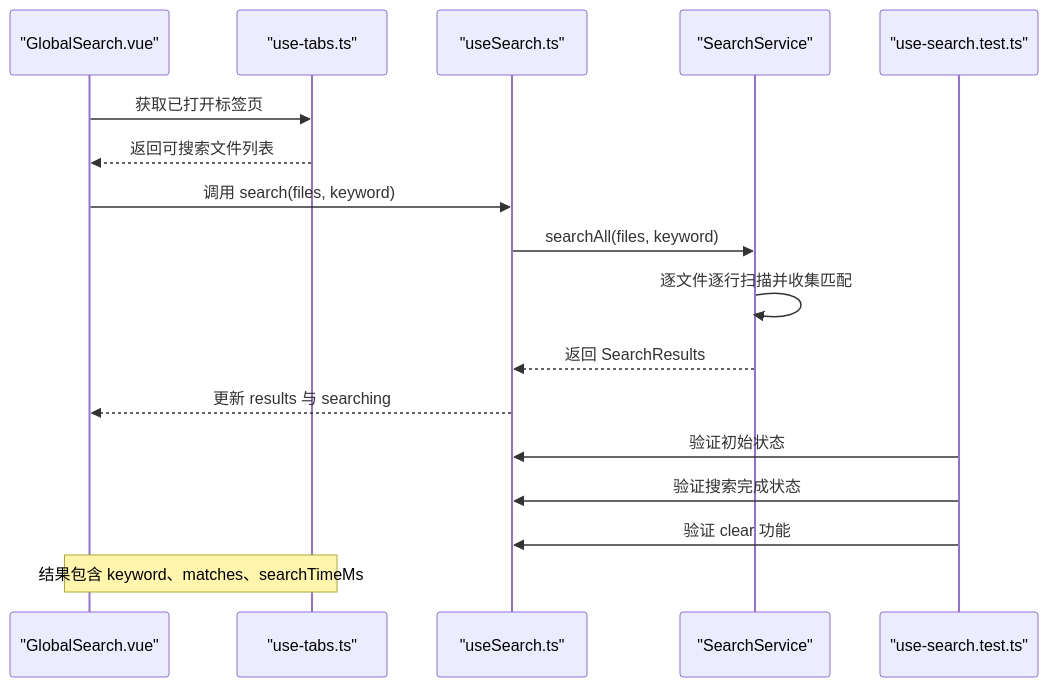
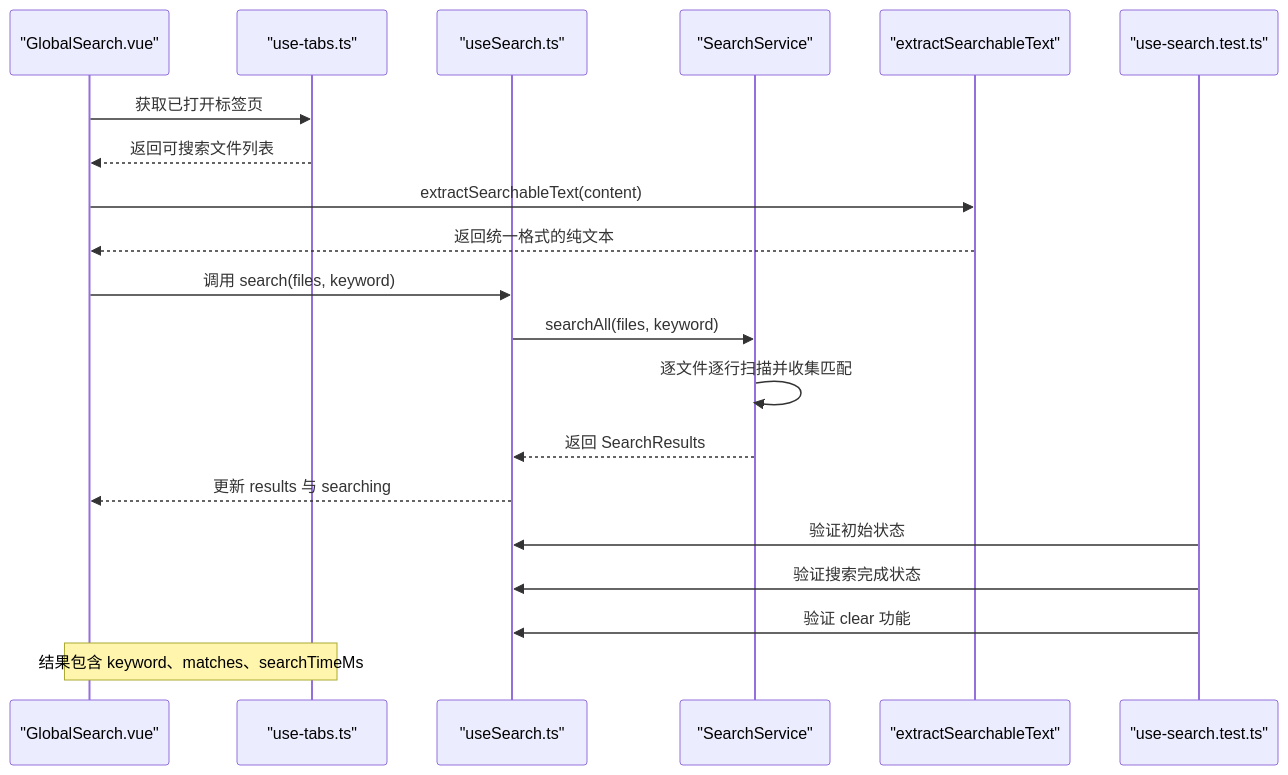
One commit to taoweidong/Hello-Tauri changed the second of 4 diagrams in .qoder/repowiki/zh/content/架构设计/数据流模式/组合式函数数据逻辑/全局搜索组合函数.md. Above: the diagram before and after it, drawn with Mermaid. The commit also changed other lines of this file and 8 other files, not shown here.

````diff
--- a/.qoder/repowiki/zh/content/架构设计/数据流模式/组合式函数数据逻辑/全局搜索组合函数.md
+++ b/.qoder/repowiki/zh/content/架构设计/数据流模式/组合式函数数据逻辑/全局搜索组合函数.md
@@ -110,19 +113,22 @@
 ```mermaid
 sequenceDiagram
 participant U as "GlobalSearch.vue"
 participant T as "use-tabs.ts"
 participant C as "useSearch.ts"
 participant S as "SearchService"
+participant E as "extractSearchableText"
 participant Test as "use-search.test.ts"
 U->>T : 获取已打开标签页
 T-->>U : 返回可搜索文件列表
+U->>E : extractSearchableText(content)
+E-->>U : 返回统一格式的纯文本
 U->>C : 调用 search(files, keyword)
 C->>S : searchAll(files, keyword)
 S->>S : 逐文件逐行扫描并收集匹配
 S-->>C : 返回 SearchResults
 C-->>U : 更新 results 与 searching
 Test->>C : 验证初始状态
 Test->>C : 验证搜索完成状态
 Test->>C : 验证 clear 功能
 Note over U,T : 结果包含 keyword、matches、searchTimeMs
 ```
````
